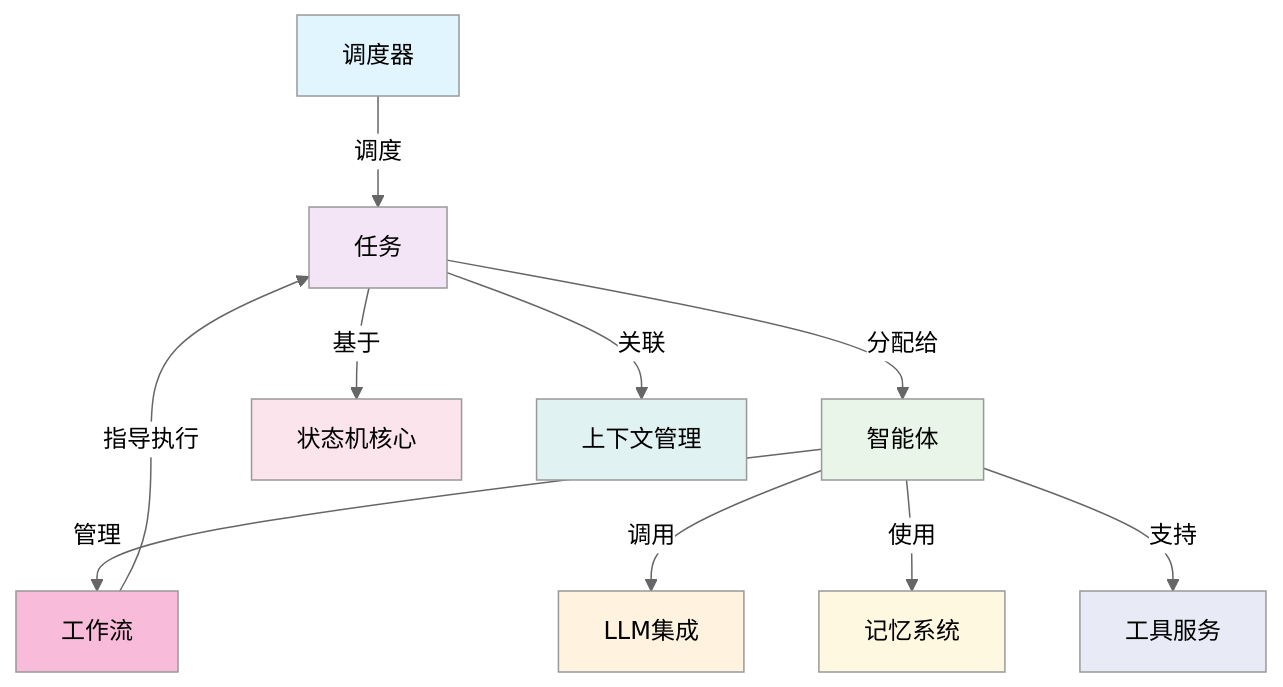
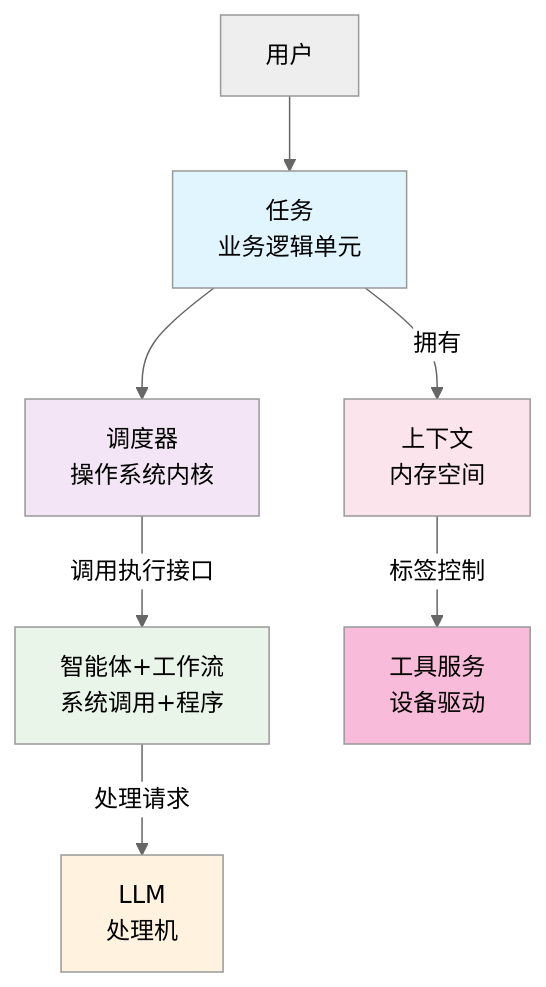
One commit to Koko12137/tasking-community changed the second of 3 diagrams in README.md. Above: the diagram before and after it, drawn with Mermaid (neutral theme). The commit also changed other lines of this file and 40 other files, not shown here.

````diff
--- a/README.md
+++ b/README.md
@@ -42,25 +148,18 @@
 ```mermaid
 flowchart TD
-    Scheduler[调度器] -->|调度| Task[任务]
-    Task -->|分配给| Agent[智能体]
+    User[用户] --> Task[任务<br/>业务逻辑单元]
+    Task --> Scheduler[调度器<br/>操作系统内核]
 
-    Agent -->|管理| Workflow[工作流]
-    Agent -->|调用| LLM[LLM集成]
-    Workflow -->|指导执行| Task
+    Scheduler --> |调用执行接口| AgentWorkflow[智能体+工作流<br/>系统调用+程序]
+    AgentWorkflow --> |处理请求| LLM[LLM<br/>处理机]
 
-    Task -->|基于| StateMachine[状态机核心]
+    Task --> |拥有| Context[上下文<br/>内存空间]
+    Context --> |标签控制| Tools[工具服务<br/>设备驱动]
 
-    Agent -->|使用| Memory[记忆系统]
-    Task -->|关联| Context[上下文管理]
-    Agent -->|支持| ToolService[工具服务]
-
-    style Scheduler fill:#e1f5fe
-    style Task fill:#f3e5f5
-    style Agent fill:#e8f5e8
+    style Task fill:#e1f5fe
+    style Scheduler fill:#f3e5f5
+    style AgentWorkflow fill:#e8f5e8
     style LLM fill:#fff3e0
-    style StateMachine fill:#fce4ec
-    style Workflow fill:#f8bbd9
-    style Memory fill:#fff8e1
-    style Context fill:#e0f2f1
-    style ToolService fill:#e8eaf6
+    style Context fill:#fce4ec
+    style Tools fill:#f8bbd9
 ```
````
